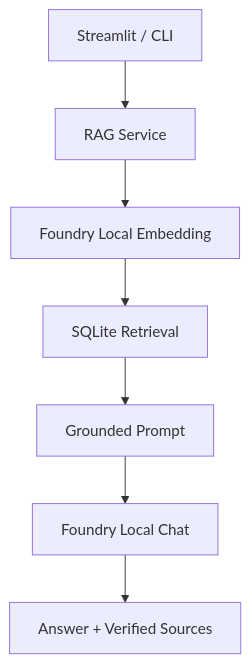
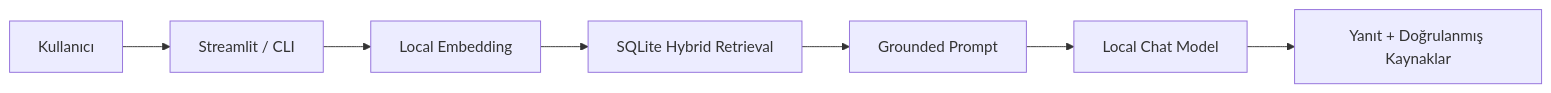
Before and after one commit to beyzatasgin/RAG: the diagram in README.md, drawn with Mermaid. The commit also changed other lines of this file, not shown here.

````diff
--- a/README.md
+++ b/README.md
@@ -96,9 +49,9 @@
 ```mermaid
-flowchart TD
-    UI["Streamlit / CLI"] --> RAG["RAG Service"]
-    RAG --> EMB["Foundry Local Embedding"]
-    EMB --> DB["SQLite Retrieval"]
+flowchart LR
+    USER["Kullanıcı"] --> UI["Streamlit / CLI"]
+    UI --> EMB["Local Embedding"]
+    EMB --> DB["SQLite Hybrid Retrieval"]
     DB --> PROMPT["Grounded Prompt"]
-    PROMPT --> LLM["Foundry Local Chat"]
-    LLM --> ANSWER["Answer + Verified Sources"]
+    PROMPT --> LLM["Local Chat Model"]
+    LLM --> ANSWER["Yanıt + Doğrulanmış Kaynaklar"]
 ```
````
